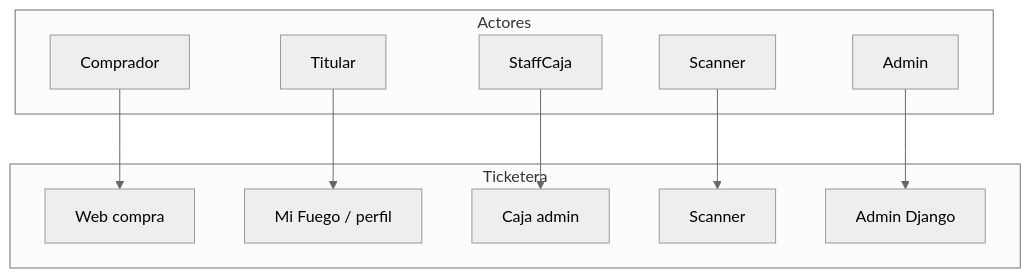
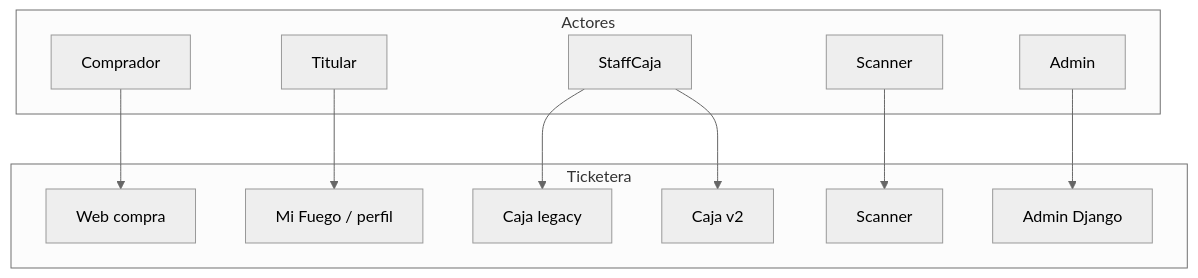
Before and after one commit to fuegoaustral/ticketera: the diagram in docs/README.md, drawn with Mermaid (neutral theme). The commit also changed other lines of this file and 17 other files, not shown here.

````diff
--- a/docs/README.md
+++ b/docs/README.md
@@ -24,22 +26,24 @@
 ```mermaid
 flowchart TB
   subgraph actores [Actores]
     Comprador
     Titular
     StaffCaja
     Scanner
     Admin
   end
   subgraph app [Ticketera]
     WebCompra[Web compra]
     MiFuego[Mi Fuego / perfil]
-    Caja[Caja admin]
+    CajaLegacy[Caja legacy]
+    CajaV2[Caja v2]
     Scan[Scanner]
     AdminDjango[Admin Django]
   end
   Comprador --> WebCompra
   Titular --> MiFuego
-  StaffCaja --> Caja
+  StaffCaja --> CajaLegacy
+  StaffCaja --> CajaV2
   Scanner --> Scan
   Admin --> AdminDjango
 ```
````
